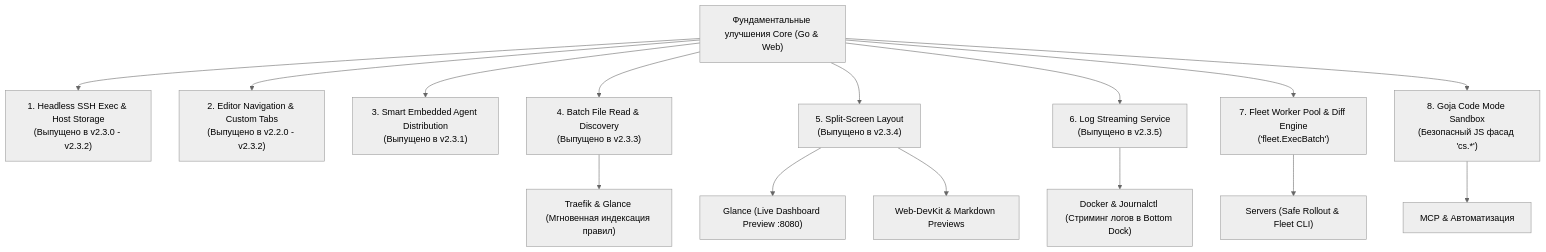
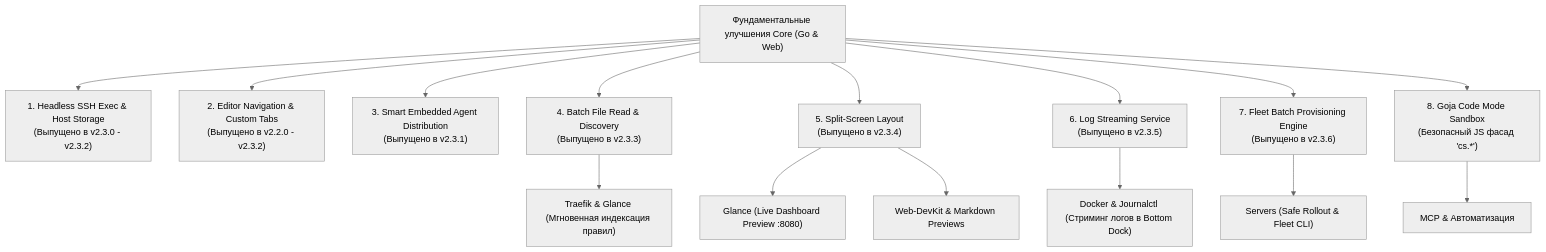
Before and after one commit to config-studio/config-studio: the diagram in ROADMAP.md, drawn with Mermaid (neutral theme). The commit also changed other lines of this file and 6 other files, not shown here.

Commit message:
feat(fleet): implement Fleet Batch Provisioning Engine (v2.3.6)

````diff
--- a/ROADMAP.md
+++ b/ROADMAP.md
@@ -36,29 +38,29 @@
 ```mermaid
 graph TD
     Core["Фундаментальные улучшения Core (Go & Web)"]
     
     C1["1. Headless SSH Exec & Host Storage<br/>(Выпущено в v2.3.0 - v2.3.2)"]
     C2["2. Editor Navigation & Custom Tabs<br/>(Выпущено в v2.2.0 - v2.3.2)"]
     C3["3. Smart Embedded Agent Distribution<br/>(Выпущено в v2.3.1)"]
     C4["4. Batch File Read & Discovery<br/>(Выпущено в v2.3.3)"]
     C5["5. Split-Screen Layout<br/>(Выпущено в v2.3.4)"]
     C6["6. Log Streaming Service<br/>(Выпущено в v2.3.5)"]
-    C7["7. Fleet Worker Pool & Diff Engine<br/>('fleet.ExecBatch')"]
+    C7["7. Fleet Batch Provisioning Engine<br/>(Выпущено в v2.3.6)"]
     C8["8. Goja Code Mode Sandbox<br/>(Безопасный JS фасад 'cs.*')"]
     
     Core --> C1
     Core --> C2
     Core --> C3
     Core --> C4
     Core --> C5
     Core --> C6
     Core --> C7
     Core --> C8
     
     C4 --> P1["Traefik & Glance (Мгновенная индексация правил)"]
     C5 --> P2["Glance (Live Dashboard Preview :8080)"]
     C5 --> P3["Web-DevKit & Markdown Previews"]
     C6 --> P4["Docker & Journalctl (Стриминг логов в Bottom Dock)"]
     C7 --> P5["Servers (Safe Rollout & Fleet CLI)"]
     C8 --> P6["MCP & Автоматизация"]
 ```
````
